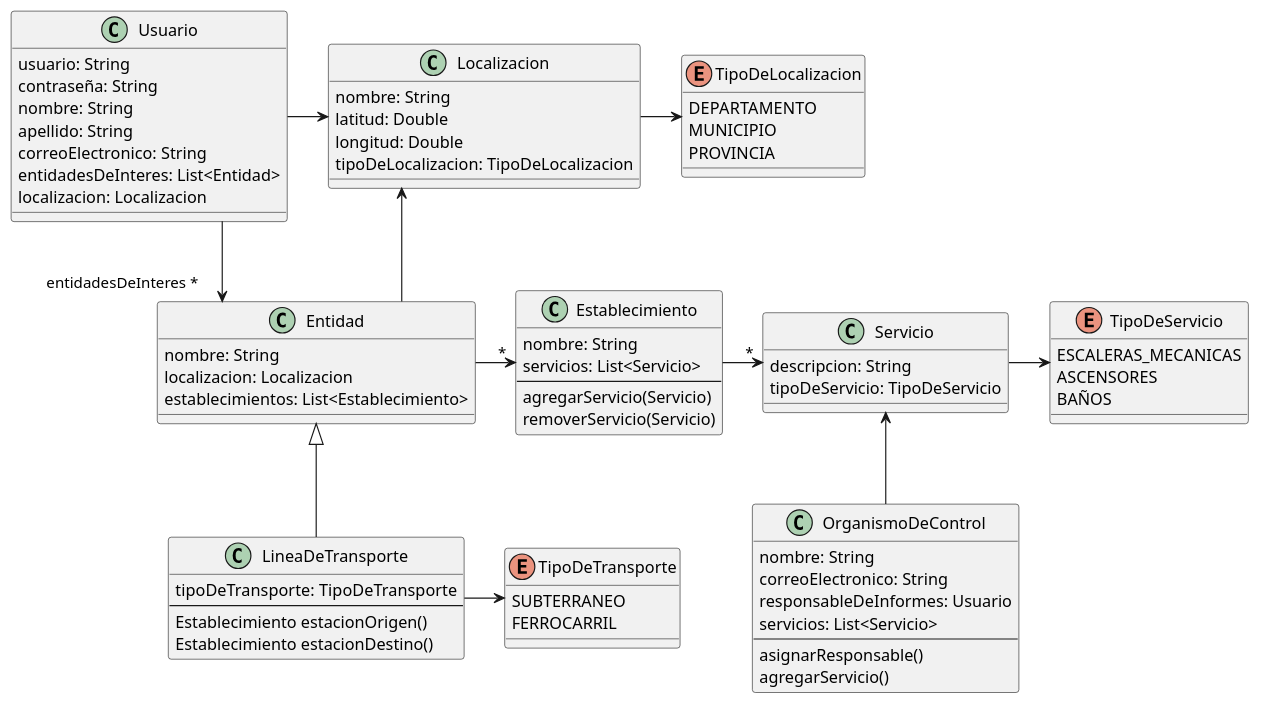
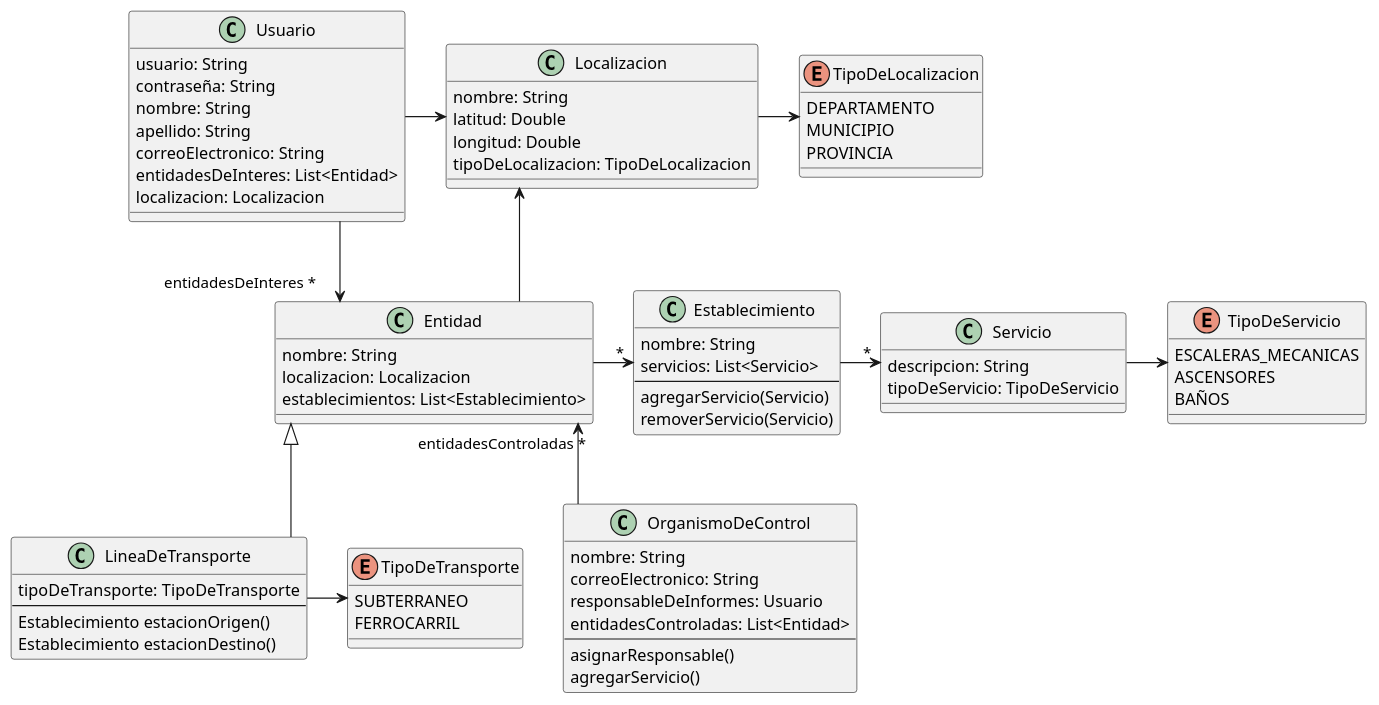
Before and after one commit to ValenAquino/tp-dds-2023: the diagram in docs/entrega-2/clases.puml, drawn with PlantUML. The commit also changed 1 other file, not shown here.

Commit message:
feat(OrganismoDeControl): cambiar Servicio por Entidad

```diff
--- a/docs/entrega-2/clases.puml
+++ b/docs/entrega-2/clases.puml
@@ -1,106 +1,106 @@
 @startuml TPA2-Clases
 skinparam linetype ortho
 
 ' Supermercado, Centro Comunal, Banco, ...
 class Entidad {
   nombre: String
   localizacion: Localizacion
   establecimientos: List<Establecimiento>
 }
 
 ' Sucursal, Estacion, ...
 class Establecimiento {
   nombre: String
   servicios: List<Servicio>
   --
   agregarServicio(Servicio)
   removerServicio(Servicio)
 }
 
 class Servicio {
   descripcion: String
   tipoDeServicio: TipoDeServicio
 }
 
 enum TipoDeServicio {
   ESCALERAS_MECANICAS
   ASCENSORES
   BAÑOS
 }
 
 class LineaDeTransporte {
   tipoDeTransporte: TipoDeTransporte
   --
   Establecimiento estacionOrigen()
   Establecimiento estacionDestino()
 }
 
 enum TipoDeTransporte {
   SUBTERRANEO
   FERROCARRIL
 }
 
 class Usuario {
   usuario: String
   contraseña: String
   nombre: String
   apellido: String
   correoElectronico: String
   entidadesDeInteres: List<Entidad>
   localizacion: Localizacion
   ' membresias: List<Membresia>
 }
 
 class Localizacion {
   nombre: String
   latitud: Double
   longitud: Double
   tipoDeLocalizacion: TipoDeLocalizacion
 }
 
 enum TipoDeLocalizacion {
   DEPARTAMENTO
   MUNICIPIO
   PROVINCIA
 }
 
 class OrganismoDeControl {
   nombre: String
   correoElectronico: String
   responsableDeInformes: Usuario
-  servicios: List<Servicio>
+  entidadesControladas: List<Entidad>
   --
   asignarResponsable()
   agregarServicio()
 }
 
 Entidad ->"*" Establecimiento
 Establecimiento ->"*" Servicio
 Servicio -> TipoDeServicio
 Entidad <|-- LineaDeTransporte
 LineaDeTransporte -> TipoDeTransporte
 Usuario -->"entidadesDeInteres *" Entidad
 Usuario -> Localizacion
 Localizacion <- Entidad
 Localizacion -> TipoDeLocalizacion
-Servicio <-- OrganismoDeControl
+Entidad "entidadesControladas *"<-- OrganismoDeControl
 
 /'
 
 class Comunidad {
   --
   crearServicio()
 }
 
 class Membresia {
   comunidad: Comunidad
   esAdministrador: Boolean
 }
 
 Comunidad ..> Servicio
 Usuario --> Membresia
 Comunidad <- Membresia
 
 '/
 
 @enduml
```
